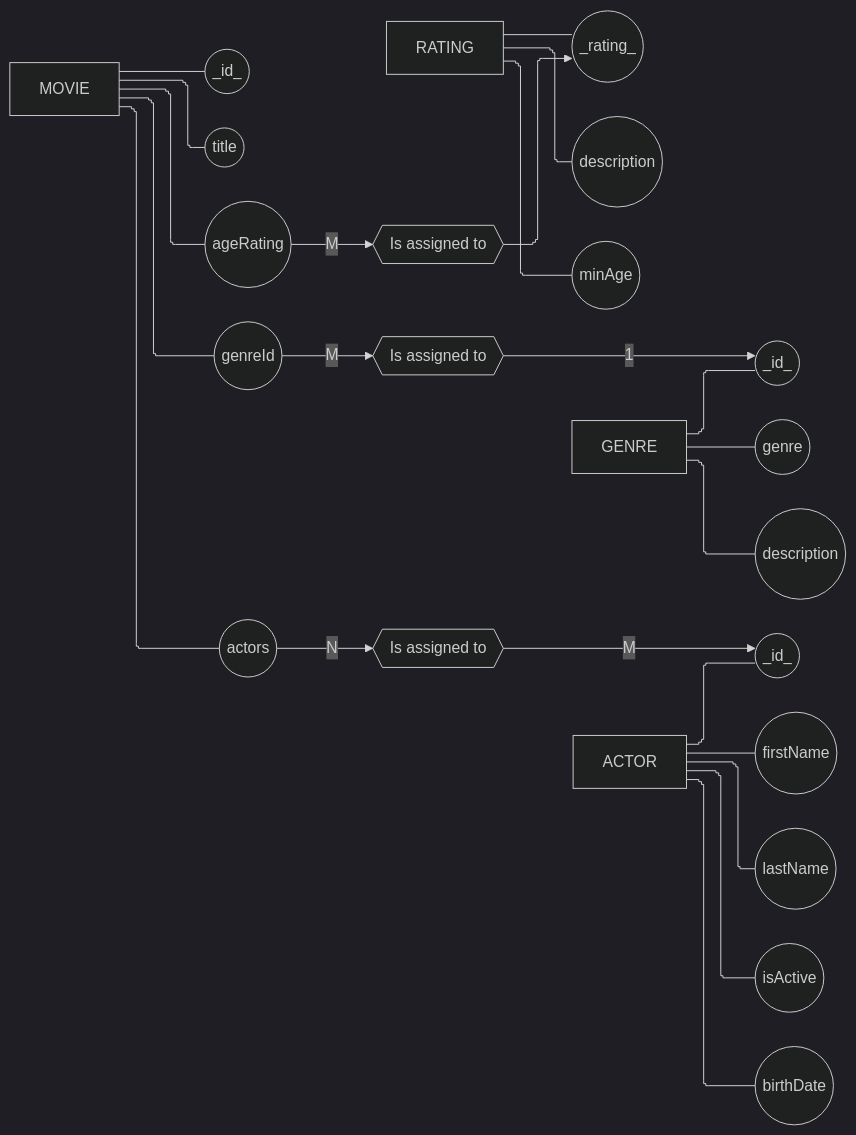
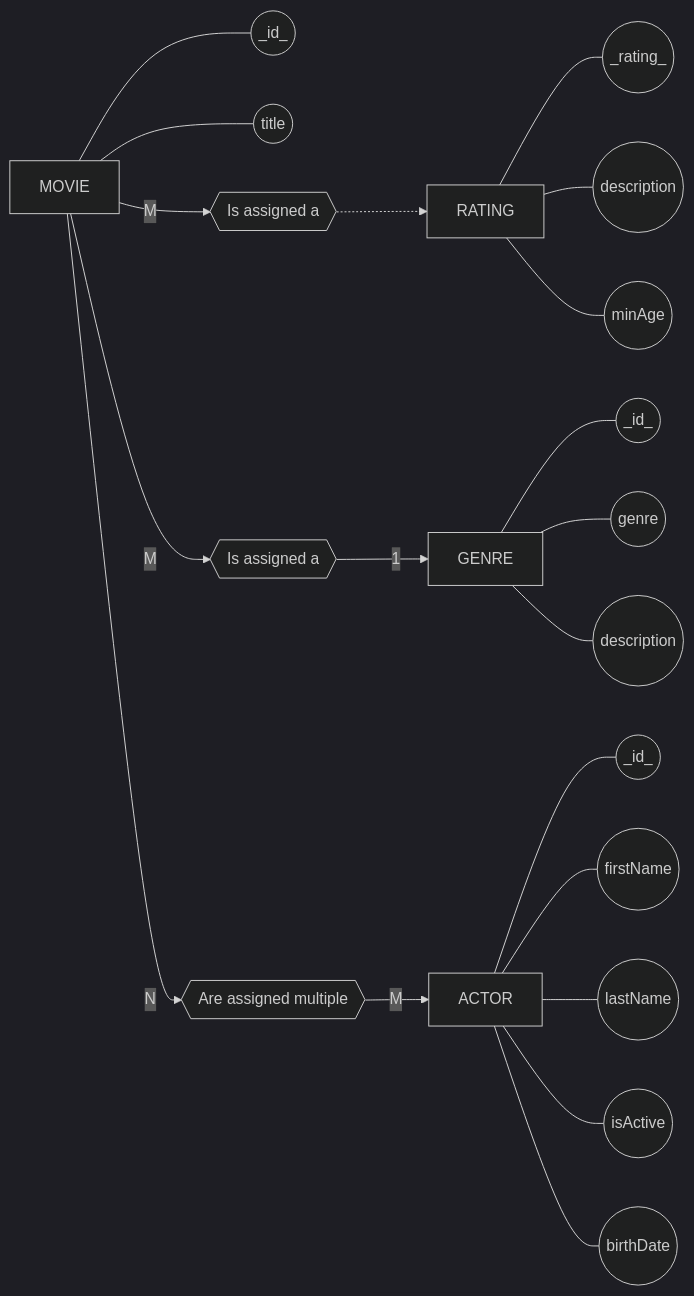
Before and after one commit to tnichols217/notes: the third of 6 diagrams in CSDS 341 - Intro to Databases/HW/1/Tables.md, drawn with Mermaid (dark theme). The commit also changed other lines of this file and 24 other files, not shown here.

````diff
--- a/CSDS 341 - Intro to Databases/HW/1/Tables.md
+++ b/CSDS 341 - Intro to Databases/HW/1/Tables.md
@@ -88,56 +87,50 @@
 ```mermaid
-%%{ init: { 'flowchart': { 'curve': 'stepBefore', "defaultRenderer": "elk" } } }%%
+
 flowchart LR
 
 MOVIE[MOVIE]
 movId((_id_))
 movTitle((title))
-movAgeRating((ageRating))
-movGenreId((genreId))
-movActors((actors))
 
 MOVIE --- movId
 MOVIE --- movTitle
-MOVIE --- movAgeRating
-MOVIE --- movGenreId
-MOVIE --- movActors
 
 RATING[RATING]
 ratingRating((_rating_))
 ratingDescription((description))
 ratingMinAge((minAge))
 
 RATING --- ratingRating
 RATING --- ratingDescription
 RATING --- ratingMinAge
 
 GENRE[GENRE]
 genreId((_id_))
 genreGenre((genre))
 genreDescription((description))
 
 GENRE --- genreId
 GENRE --- genreGenre
 GENRE --- genreDescription
 
 ACTOR[ACTOR]
 actorId((_id_))
 actorFirstName((firstName))
 actorLastName((lastName))
 actorIsActive((isActive))
 actorBirthDate((birthDate))
 
 ACTOR --- actorId
 ACTOR --- actorFirstName
 ACTOR --- actorLastName
 ACTOR --- actorIsActive
 ACTOR --- actorBirthDate
 
-ageRating{{"Is assigned to"}}
-genre{{"Is assigned to"}}
-actors{{"Is assigned to"}}
+ageRating{{"Is assigned a"}}
+genre{{"Is assigned a"}}
+actors{{"Are assigned multiple"}}
 
-movAgeRating --"M"--> ageRating ---> ratingRating
-movGenreId --"M"--> genre --"1"--> genreId
-movActors --"N"--> actors --"M"--> actorId
+MOVIE --"M"--> ageRating -.-> RATING
+MOVIE --"M"--> genre --"1"--> GENRE
+MOVIE --"N"--> actors --"M"--> ACTOR
 ```
````
